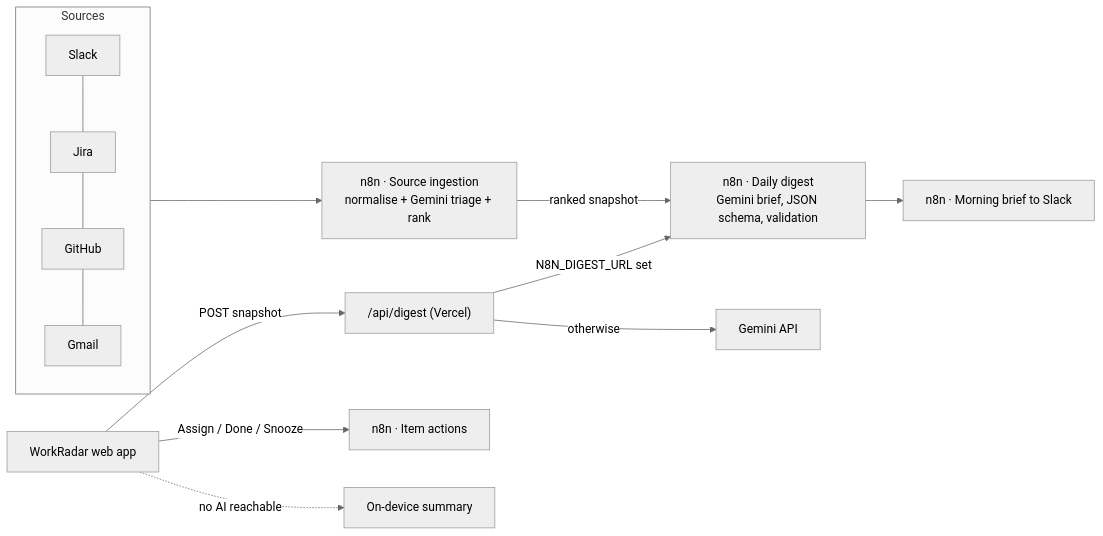
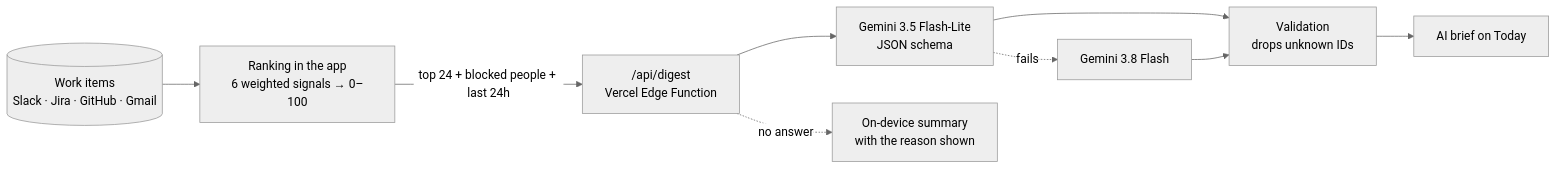
The diagram in README.md (adityasingh535402-del/WorkRadar), drawn with Mermaid (neutral theme) before and after one commit. The commit also changed other lines of this file and 56 other files, not shown here.

First line of the commit message:
Remove n8n: the brief is Gemini through one Vercel route

````diff
--- a/README.md
+++ b/README.md
@@ -43,14 +45,11 @@
 ```mermaid
 flowchart LR
-  subgraph Sources
-    S[Slack] --- J[Jira] --- G[GitHub] --- E[Gmail]
-  end
-  Sources --> I["n8n · Source ingestion<br/>normalise + Gemini triage + rank"]
-  I -->|ranked snapshot| D["n8n · Daily digest<br/>Gemini brief, JSON schema, validation"]
-  App[WorkRadar web app] -->|POST snapshot| V["/api/digest (Vercel)"]
-  V -->|N8N_DIGEST_URL set| D
-  V -->|otherwise| Gm[Gemini API]
-  App -->|Assign / Done / Snooze| A["n8n · Item actions"]
-  D --> M["n8n · Morning brief to Slack"]
-  App -.no AI reachable.-> L[On-device summary]
+  D[(Work items<br/>Slack · Jira · GitHub · Gmail)] --> R["Ranking in the app<br/>6 weighted signals → 0–100"]
+  R -->|top 24 + blocked people + last 24h| V["/api/digest<br/>Vercel Edge Function"]
+  V --> F1["Gemini 3.5 Flash-Lite<br/>JSON schema"]
+  F1 -.fails.-> F2["Gemini 3.8 Flash"]
+  F1 --> S[Validation<br/>drops unknown IDs]
+  F2 --> S
+  S --> B[AI brief on Today]
+  V -.no answer.-> L[On-device summary<br/>with the reason shown]
 ```
````
